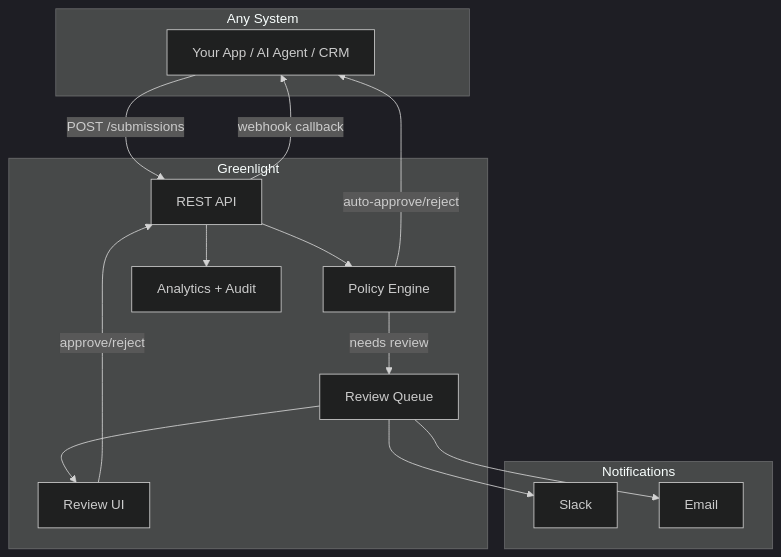
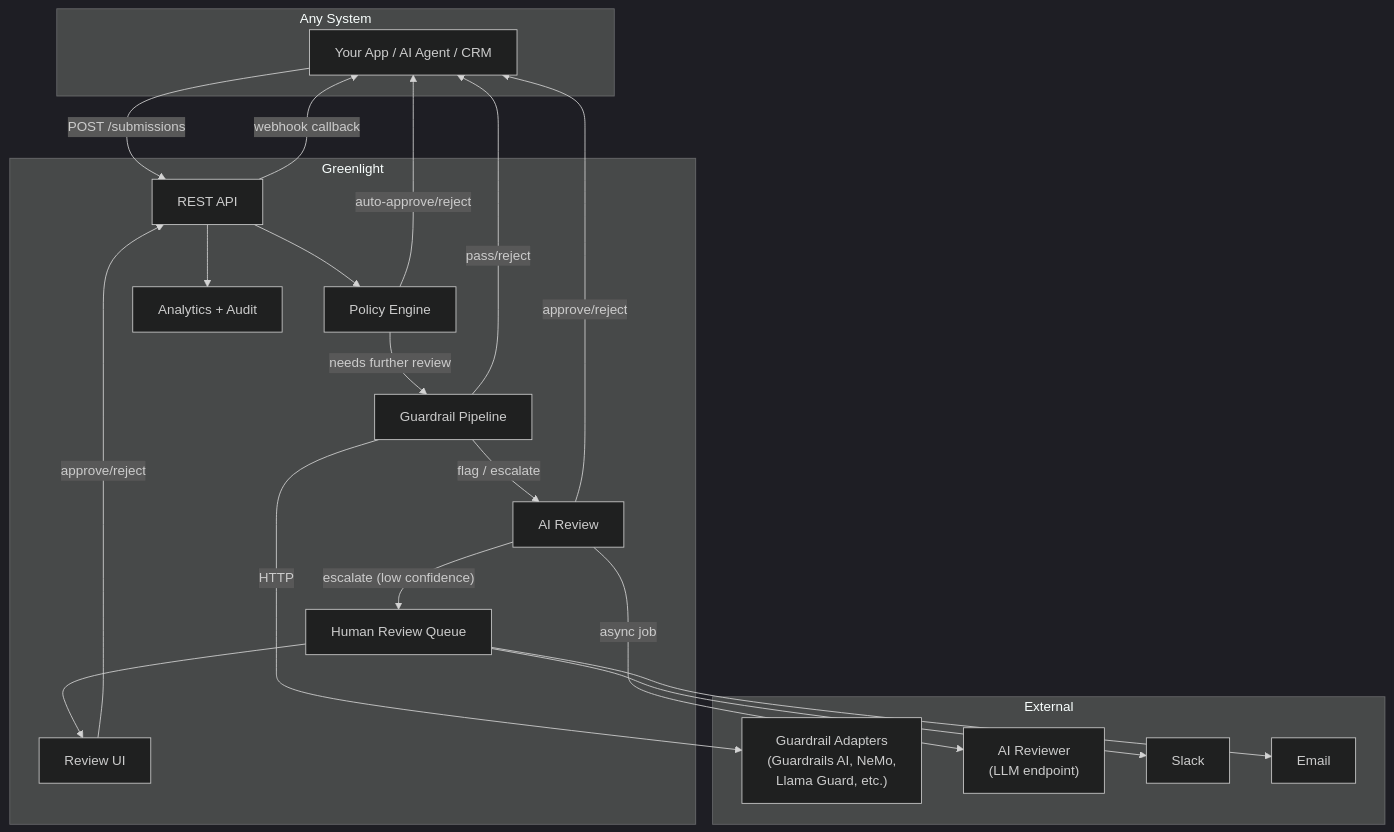
The diagram in docs/executive/project-brief.md (lsadehaan/greenlight), drawn with Mermaid (dark theme) before and after one commit. The commit also changed other lines of this file and 5 other files, not shown here.

First line of the commit message:
docs: revise brief for AI-based review and pluggable guardrails

````diff
--- a/docs/executive/project-brief.md
+++ b/docs/executive/project-brief.md
@@ -23,28 +30,38 @@
 ```mermaid
 graph TD
     subgraph "Any System"
         App["Your App / AI Agent / CRM"]
     end
     subgraph "Greenlight"
         API["REST API"]
         Policies["Policy Engine"]
-        Queue["Review Queue"]
+        Guardrails["Guardrail Pipeline"]
+        AIReview["AI Review"]
+        Queue["Human Review Queue"]
         Analytics["Analytics + Audit"]
         WebUI["Review UI"]
     end
-    subgraph "Notifications"
+    subgraph "External"
+        GuardrailAdapters["Guardrail Adapters<br/>(Guardrails AI, NeMo,<br/>Llama Guard, etc.)"]
+        AIService["AI Reviewer<br/>(LLM endpoint)"]
         Slack["Slack"]
         Email["Email"]
     end
 
     App -->|"POST /submissions"| API
     API --> Policies
     Policies -->|"auto-approve/reject"| App
-    Policies -->|"needs review"| Queue
+    Policies -->|"needs further review"| Guardrails
+    Guardrails -->|"HTTP"| GuardrailAdapters
+    Guardrails -->|"pass/reject"| App
+    Guardrails -->|"flag / escalate"| AIReview
+    AIReview -->|"async job"| AIService
+    AIReview -->|"approve/reject"| App
+    AIReview -->|"escalate (low confidence)"| Queue
     Queue --> Slack
     Queue --> Email
     Queue --> WebUI
     WebUI -->|"approve/reject"| API
     API -->|"webhook callback"| App
     API --> Analytics
 ```
````
